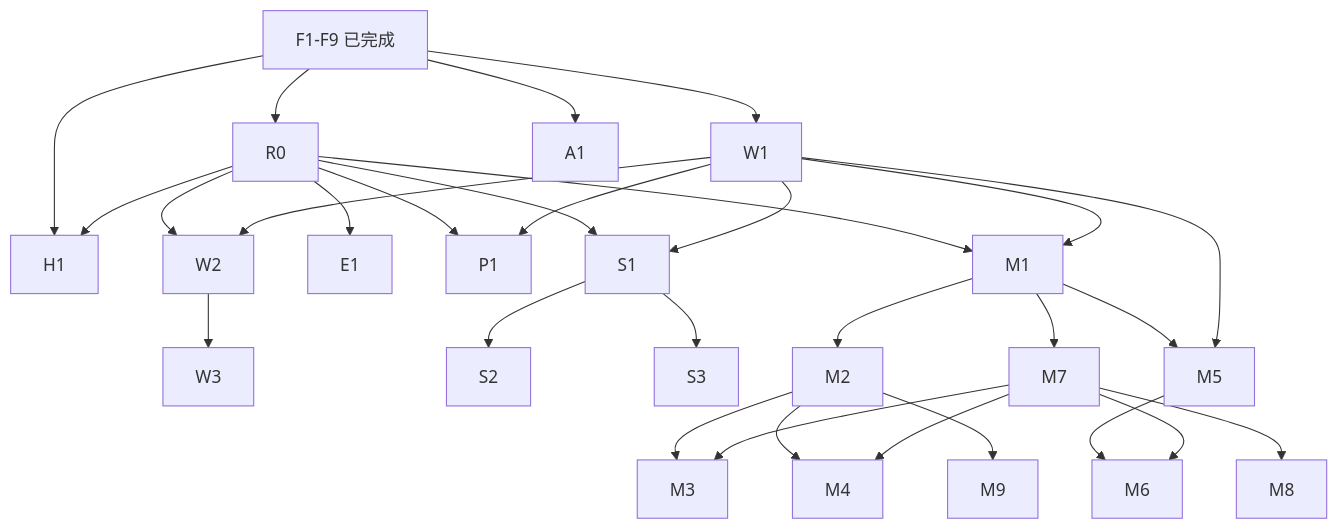
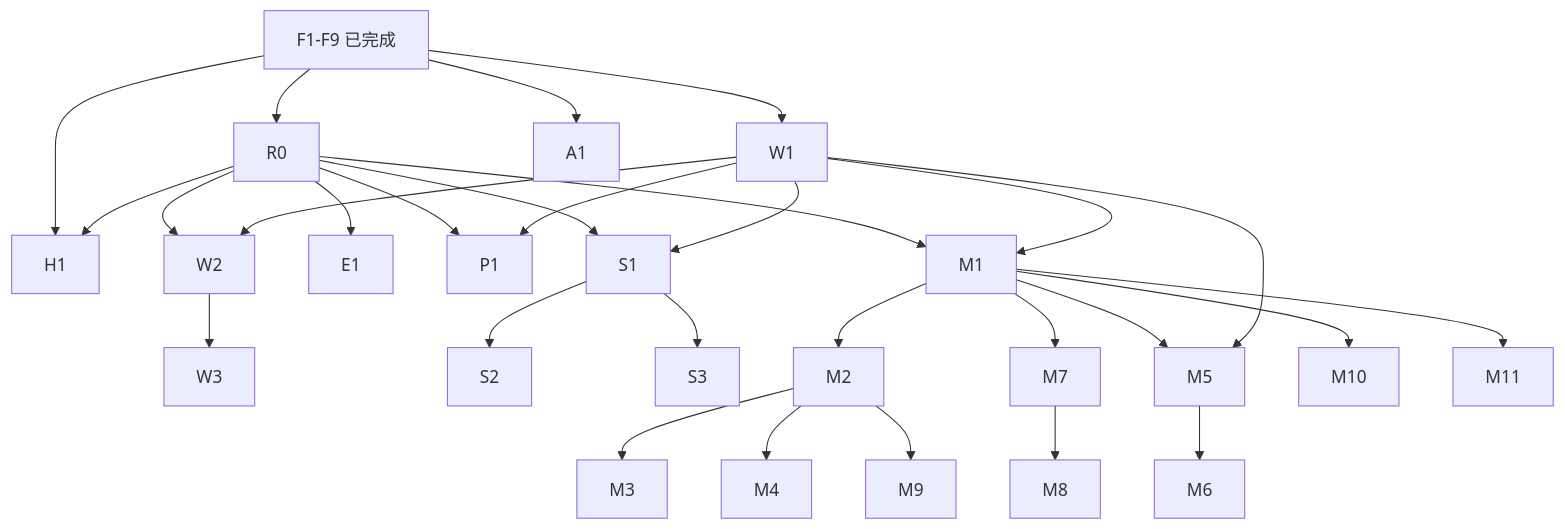
Before and after one commit to amshiro/game-dapp-starter: the diagram in docs/project/feature-task-graph.md, drawn with Mermaid. The commit also changed other lines of this file and 33 other files, not shown here.

````diff
--- a/docs/project/feature-task-graph.md
+++ b/docs/project/feature-task-graph.md
@@ -50,32 +52,31 @@
 ```mermaid
 flowchart TD
   F["F1-F9 已完成"] --> R0
   F --> W1
   F --> A1
   F --> H1
   R0 --> H1
   R0 --> W2
   R0 --> E1
   R0 --> P1
   W1 --> P1
   W1 --> W2
   W2 --> W3
   R0 --> S1
   W1 --> S1
   S1 --> S2
   S1 --> S3
   R0 --> M1
   W1 --> M1
   M1 --> M2
   M1 --> M7
   M1 --> M5
   W1 --> M5
   M2 --> M3
   M2 --> M4
-  M7 --> M3
-  M7 --> M4
   M5 --> M6
-  M7 --> M6
   M7 --> M8
   M2 --> M9
+  M1 --> M10
+  M1 --> M11
 ```
````
